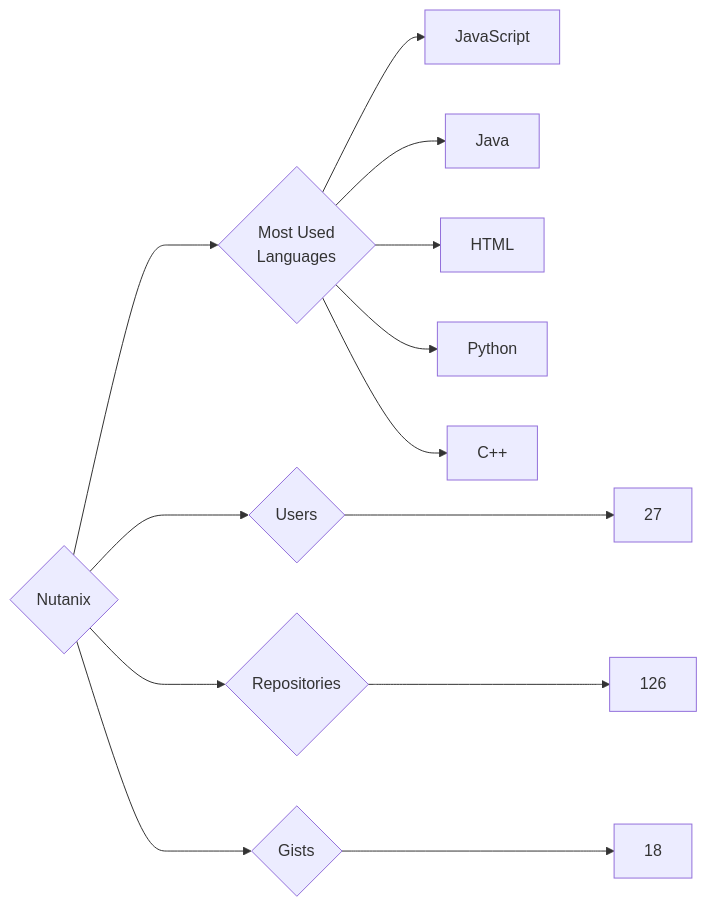
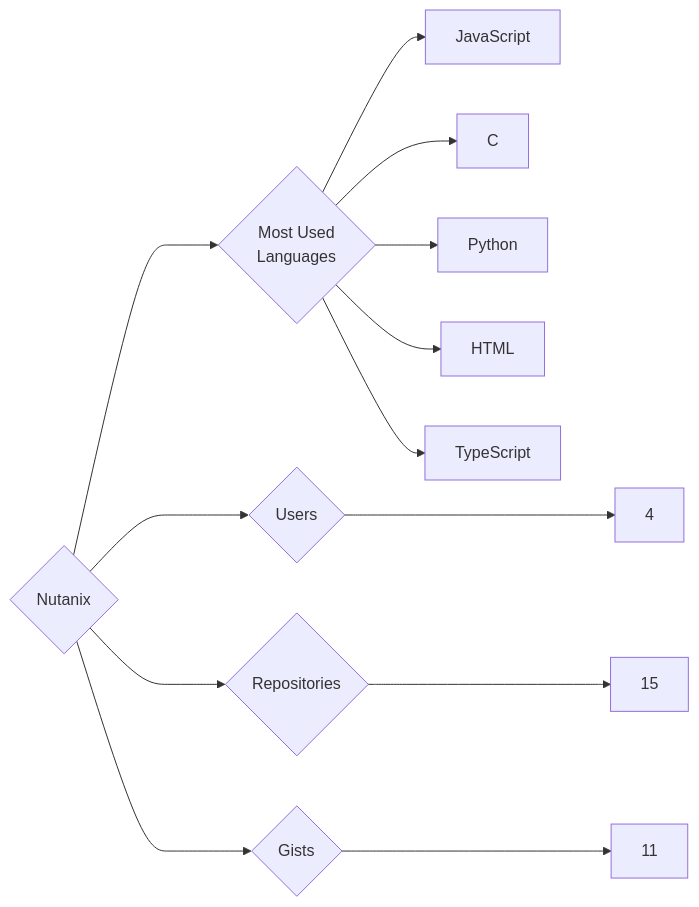
Before and after one commit to trickest/insiders: the diagram in targets/Nutanix/README.md, drawn with Mermaid. The commit also changed 928 other files, not shown here.

````diff
--- a/targets/Nutanix/README.md
+++ b/targets/Nutanix/README.md
@@ -3,13 +3,13 @@
 ```mermaid
 graph LR
 COMPANY_NAME{Nutanix}
-COMPANY_NAME ---> U{Users} ---> UN[27]
-COMPANY_NAME ---> R{Repositories} ---> RN[126]
-COMPANY_NAME ---> G{Gists} ---> GN[18]
+COMPANY_NAME ---> U{Users} ---> UN[4]
+COMPANY_NAME ---> R{Repositories} ---> RN[15]
+COMPANY_NAME ---> G{Gists} ---> GN[11]
 COMPANY_NAME ---> ML{Most Used<br>Languages}
 ML --> JavaScript[JavaScript]
-ML --> Java[Java]
+ML --> C[C]
+ML --> Python[Python]
 ML --> HTML[HTML]
-ML --> Python[Python]
-ML --> C++[C++]
+ML --> TypeScript[TypeScript]
 ```
````
